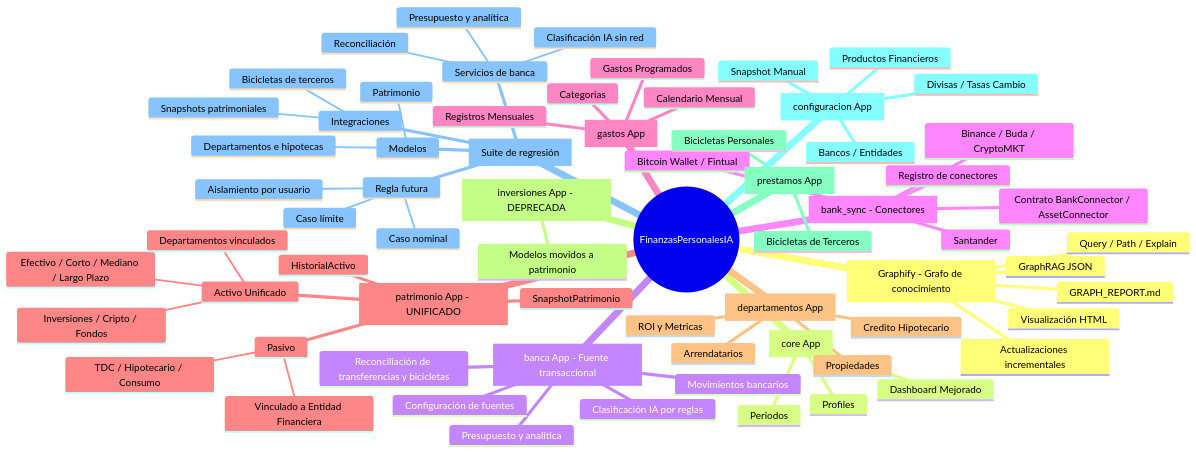
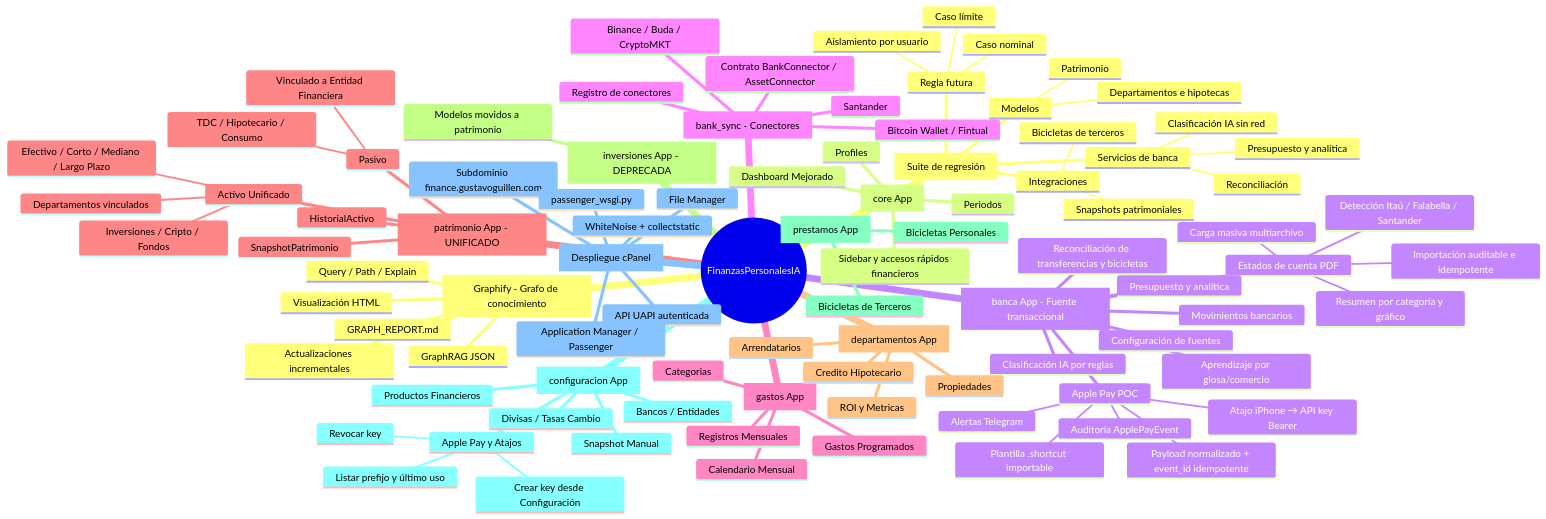
Before and after one commit to gusdrawn/personal_finance_ia: the diagram in AGENTS.md, drawn with Mermaid. The commit also changed other lines of this file and 40 other files, not shown here.

Commit message:
feat: añade POC Apple Pay e importación bancaria

```diff
--- a/AGENTS.md
+++ b/AGENTS.md
@@ -256,12 +317,25 @@
       Profiles
       Periodos
       Dashboard Mejorado
+      Sidebar y accesos rápidos financieros
     banca[banca App - Fuente transaccional]
       ::icon(fa fa-university)
       Movimientos bancarios
+      Apple Pay POC
+        Atajo iPhone → API key Bearer
+        Plantilla .shortcut importable
+        Payload normalizado + event_id idempotente
+        Auditoría ApplePayEvent
+        Alertas Telegram
+      Estados de cuenta PDF
+        Carga masiva multiarchivo
+        Detección Itaú / Falabella / Santander
+        Importación auditable e idempotente
+        Resumen por categoría y gráfico
       Reconciliación de transferencias y bicicletas
       Presupuesto y analítica
       Clasificación IA por reglas
+      Aprendizaje por glosa/comercio
       Configuración de fuentes
     bank_sync[bank_sync - Conectores]
       ::icon(fa fa-plug)
@@ -306,6 +380,18 @@
       Productos Financieros
       Divisas / Tasas Cambio
       Snapshot Manual
+      Apple Pay y Atajos
+        Crear key desde Configuración
+        Listar prefijo y último uso
+        Revocar key
+    despliegue[Despliegue cPanel]
+      ::icon(fa fa-cloud-upload-alt)
+      API UAPI autenticada
+      File Manager
+      Application Manager / Passenger
+      Subdominio finance.gustavoguillen.com
+      passenger_wsgi.py
+      WhiteNoise + collectstatic
     pruebas[Suite de regresión]
       ::icon(fa fa-vial)
       Servicios de banca
```
